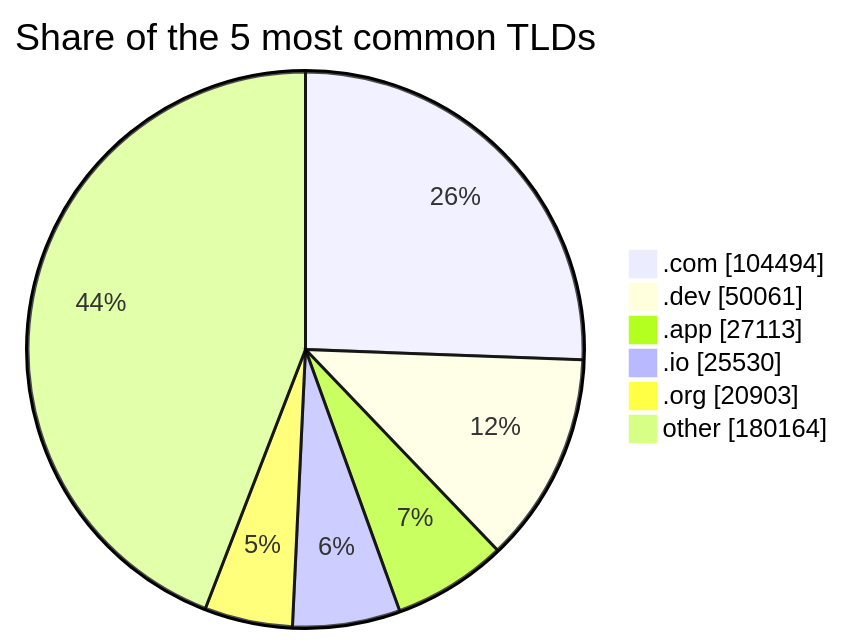
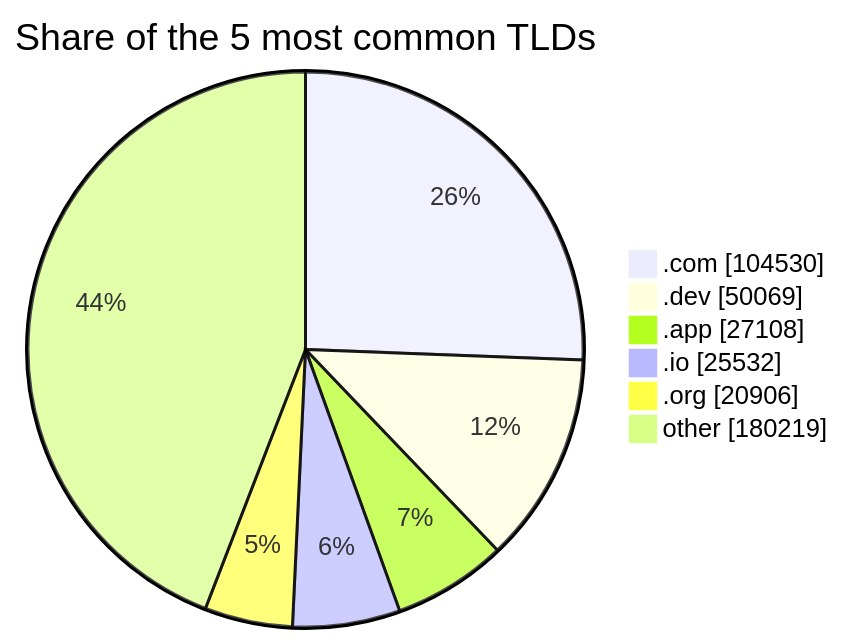
One commit to DNSBunker/CTI changed the third of 3 diagrams in README.md. Above: the diagram before and after it, drawn with Mermaid. The commit also changed other lines of this file and 3 other files, not shown here.

````diff
--- a/README.md
+++ b/README.md
@@ -81,9 +81,9 @@
 ```mermaid
 pie showData title Share of the 5 most common TLDs
-    ".com" : 104494
-    ".dev" : 50061
-    ".app" : 27113
-    ".io" : 25530
-    ".org" : 20903
-    "other" : 180164
+    ".com" : 104530
+    ".dev" : 50069
+    ".app" : 27108
+    ".io" : 25532
+    ".org" : 20906
+    "other" : 180219
 ```
````
